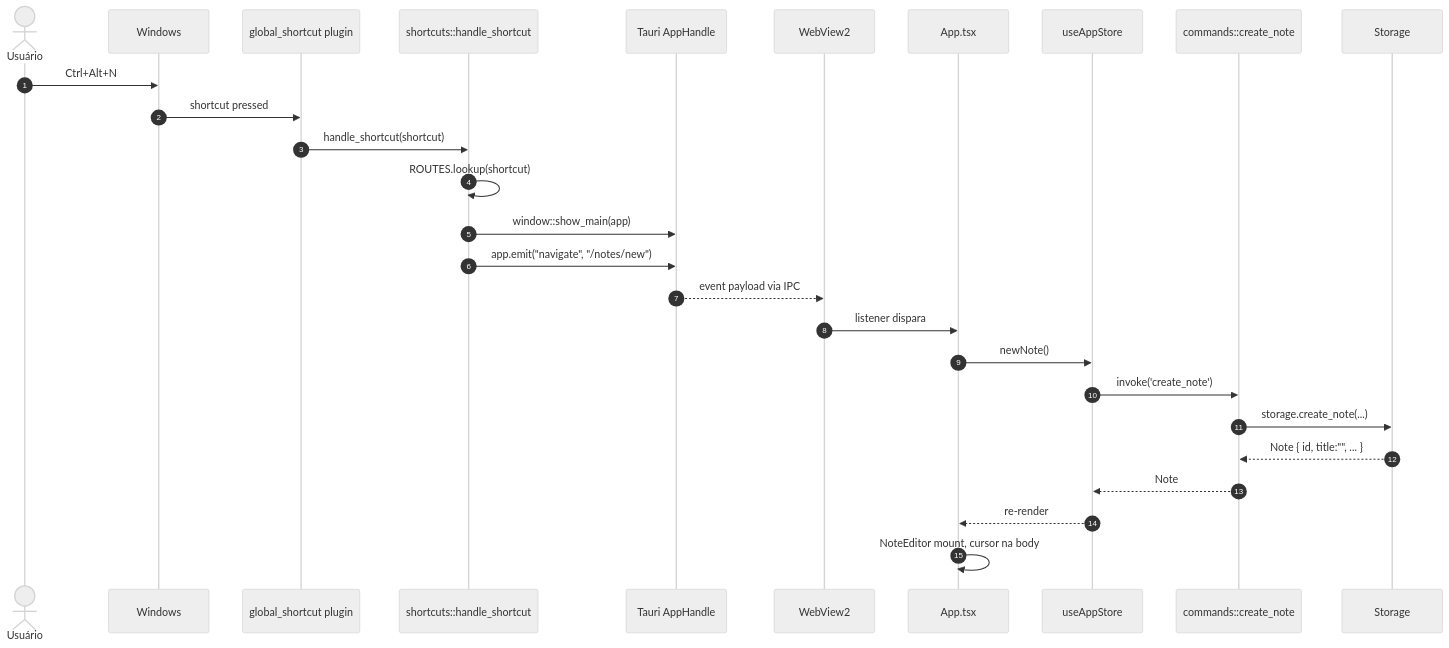
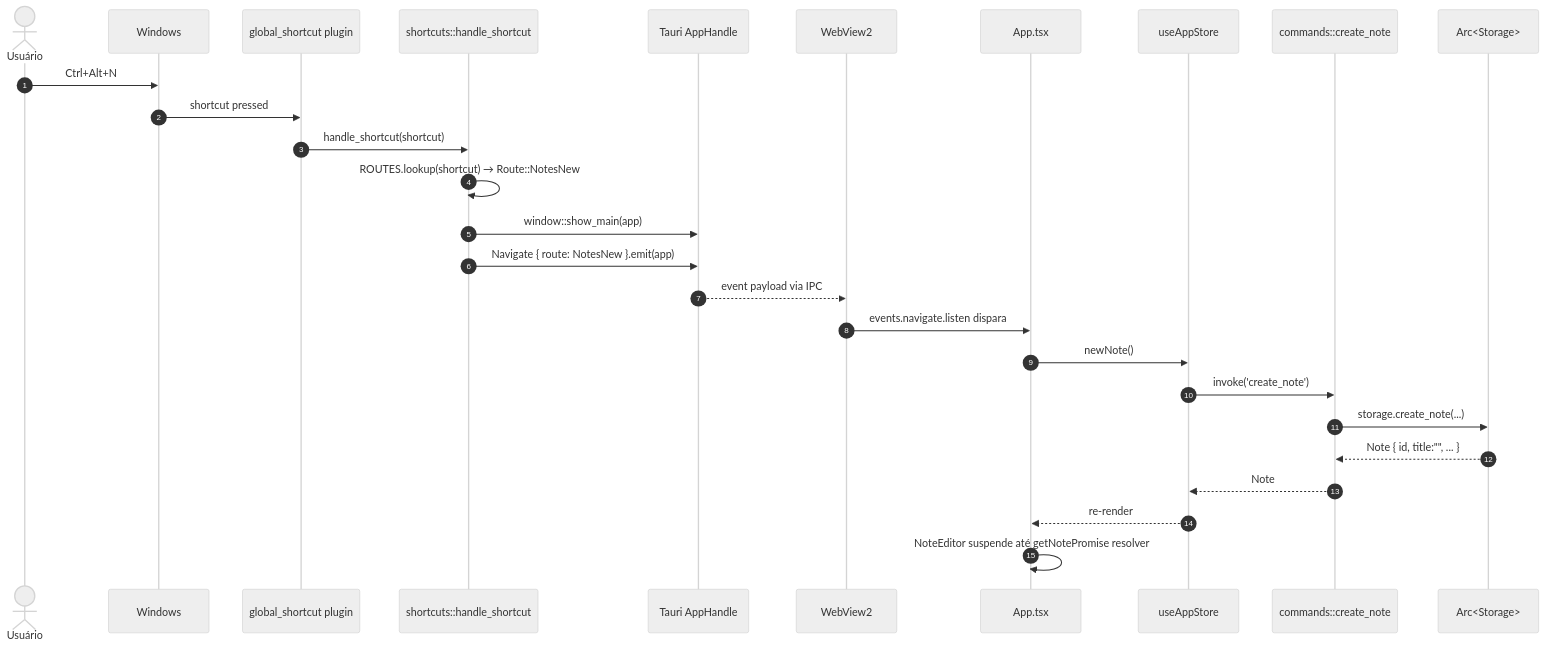
Before and after one commit to r-camara/coxinha: the third of 4 diagrams in docs/architecture/debugged-helper.md, drawn with Mermaid (neutral theme). The commit also changed other lines of this file, not shown here.

First line of the commit message:
docs(architecture): atualiza debugged-helper apos merge das 7 modernizacoes

````diff
--- a/docs/architecture/debugged-helper.md
+++ b/docs/architecture/debugged-helper.md
@@ -163,30 +203,30 @@
 ```mermaid
 sequenceDiagram
     autonumber
     actor U as Usuário
     participant OS as Windows
     participant GS as global_shortcut plugin
     participant SH as shortcuts::handle_shortcut
     participant APP as Tauri AppHandle
     participant WV as WebView2
     participant REACT as App.tsx
     participant STORE as useAppStore
     participant CMD as commands::create_note
-    participant ST as Storage
+    participant ST as Arc<Storage>
 
     U->>OS: Ctrl+Alt+N
     OS->>GS: shortcut pressed
     GS->>SH: handle_shortcut(shortcut)
-    SH->>SH: ROUTES.lookup(shortcut)
+    SH->>SH: ROUTES.lookup(shortcut) → Route::NotesNew
     SH->>APP: window::show_main(app)
-    SH->>APP: app.emit("navigate", "/notes/new")
+    SH->>APP: Navigate { route: NotesNew }.emit(app)
     APP-->>WV: event payload via IPC
-    WV->>REACT: listener dispara
+    WV->>REACT: events.navigate.listen dispara
     REACT->>STORE: newNote()
     STORE->>CMD: invoke('create_note')
     CMD->>ST: storage.create_note(...)
     ST-->>CMD: Note { id, title:"", ... }
     CMD-->>STORE: Note
     STORE-->>REACT: re-render
-    REACT->>REACT: NoteEditor mount, cursor na body
+    REACT->>REACT: NoteEditor suspende até getNotePromise resolver
 ```
````
